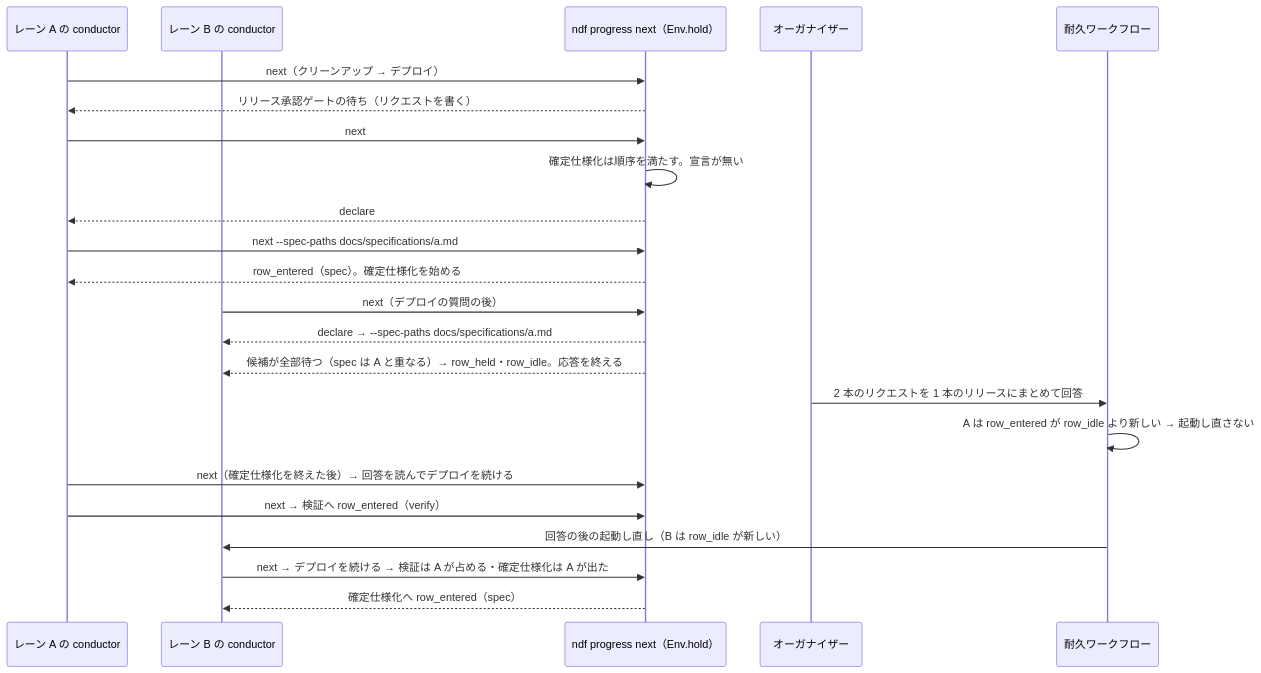
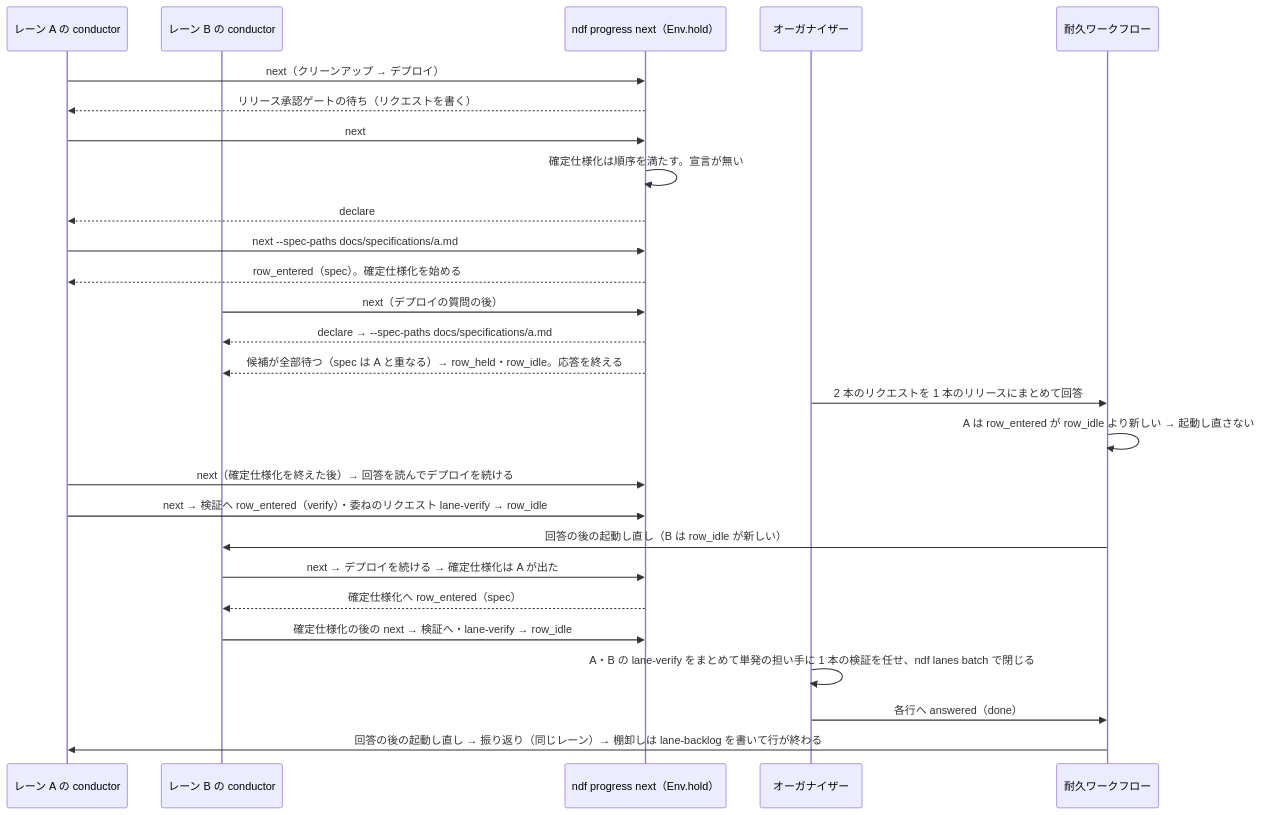
The sixth of 7 diagrams in issues/issue-4050-design.md (devbasex/ai-plugins), drawn with Mermaid before and after one commit. The commit also changed other lines of this file and 2 other files, not shown here.

````diff
--- a/issues/issue-4050-design.md
+++ b/issues/issue-4050-design.md
@@ -393,25 +415,29 @@
 ```mermaid
 sequenceDiagram
   participant A as レーン A の conductor
   participant B as レーン B の conductor
   participant P as ndf progress next（Env.hold）
   participant O as オーガナイザー
   participant WF as 耐久ワークフロー
   A->>P: next（クリーンアップ → デプロイ）
   P-->>A: リリース承認ゲートの待ち（リクエストを書く）
   A->>P: next
   P->>P: 確定仕様化は順序を満たす。宣言が無い
   P-->>A: declare
   A->>P: next --spec-paths docs/specifications/a.md
   P-->>A: row_entered（spec）。確定仕様化を始める
   B->>P: next（デプロイの質問の後）
   P-->>B: declare → --spec-paths docs/specifications/a.md
   P-->>B: 候補が全部待つ（spec は A と重なる）→ row_held・row_idle。応答を終える
   O->>WF: 2 本のリクエストを 1 本のリリースにまとめて回答
   WF->>WF: A は row_entered が row_idle より新しい → 起動し直さない
   A->>P: next（確定仕様化を終えた後）→ 回答を読んでデプロイを続ける
-  A->>P: next → 検証へ row_entered（verify）
+  A->>P: next → 検証へ row_entered（verify）・委ねのリクエスト lane-verify → row_idle
   WF->>B: 回答の後の起動し直し（B は row_idle が新しい）
-  B->>P: next → デプロイを続ける → 検証は A が占める・確定仕様化は A が出た
+  B->>P: next → デプロイを続ける → 確定仕様化は A が出た
   P-->>B: 確定仕様化へ row_entered（spec）
+  B->>P: 確定仕様化の後の next → 検証へ・lane-verify → row_idle
+  O->>O: A・B の lane-verify をまとめて単発の担い手に 1 本の検証を任せ、ndf lanes batch で閉じる
+  O->>WF: 各行へ answered（done）
+  WF->>A: 回答の後の起動し直し → 振り返り（同じレーン）→ 棚卸しは lane-backlog を書いて行が終わる
 ```
````
